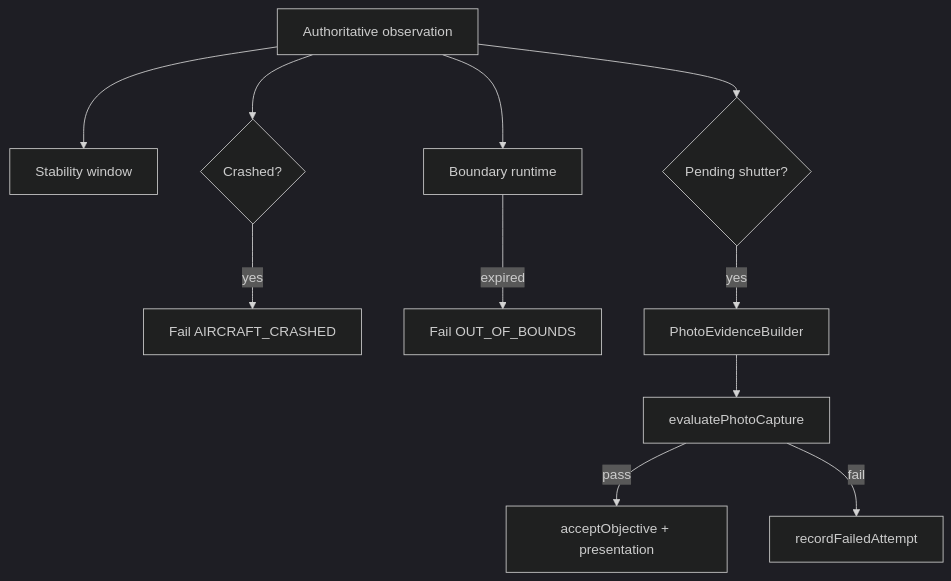
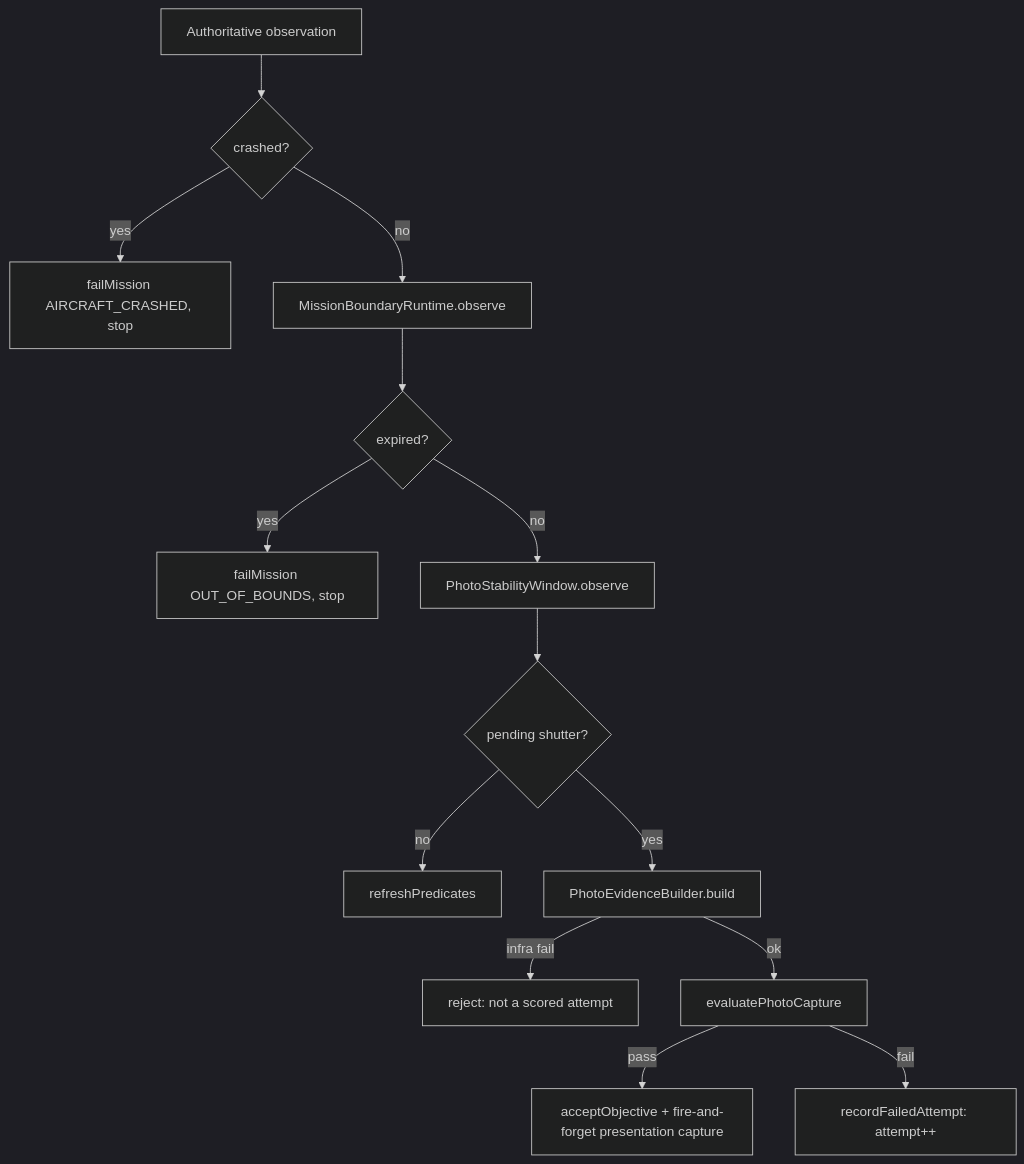
The fifth of 5 diagrams in docs/architecture/v1.3.0-checkpoint-5-photography-mission-loop.md (AmjadGn/fpv-trainer), drawn with Mermaid (dark theme) before and after one commit. The commit also changed other lines of this file and 4 other files, not shown here.

Commit message:
docs(v1.3.0): harden Checkpoint 5 architecture notes and mission specs

````diff
--- a/docs/architecture/v1.3.0-checkpoint-5-photography-mission-loop.md
+++ b/docs/architecture/v1.3.0-checkpoint-5-photography-mission-loop.md
@@ -383,13 +437,16 @@
 ```mermaid
 flowchart TB
-  Obs[Authoritative observation] --> Stab[Stability window]
-  Obs --> Bound[Boundary runtime]
-  Obs --> Crash{Crashed?}
-  Crash -->|yes| FailCrash[Fail AIRCRAFT_CRASHED]
-  Bound -->|expired| FailOOB[Fail OUT_OF_BOUNDS]
-  Obs --> Pending{Pending shutter?}
-  Pending -->|yes| Evidence[PhotoEvidenceBuilder]
-  Evidence --> Score[evaluatePhotoCapture]
-  Score -->|pass| Accept[acceptObjective + presentation]
-  Score -->|fail| FailAttempt[recordFailedAttempt]
+  Obs[Authoritative observation] --> Crash{crashed?}
+  Crash -->|yes| FailCrash[failMission AIRCRAFT_CRASHED, stop]
+  Crash -->|no| Bound[MissionBoundaryRuntime.observe]
+  Bound --> Expired{expired?}
+  Expired -->|yes| FailOOB[failMission OUT_OF_BOUNDS, stop]
+  Expired -->|no| Stab[PhotoStabilityWindow.observe]
+  Stab --> Pending{pending shutter?}
+  Pending -->|no| Done[refreshPredicates]
+  Pending -->|yes| Evidence[PhotoEvidenceBuilder.build]
+  Evidence -->|infra fail| Reject[reject: not a scored attempt]
+  Evidence -->|ok| Score[evaluatePhotoCapture]
+  Score -->|pass| Accept[acceptObjective + fire-and-forget presentation capture]
+  Score -->|fail| FailAttempt[recordFailedAttempt: attempt++]
 ```
````
